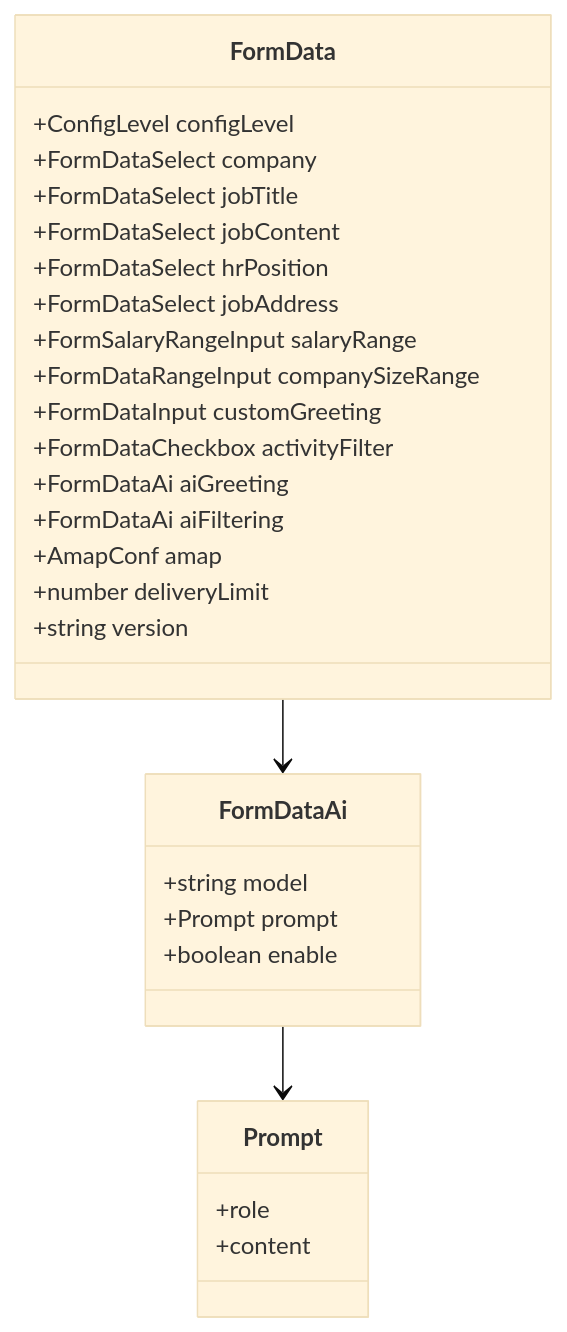
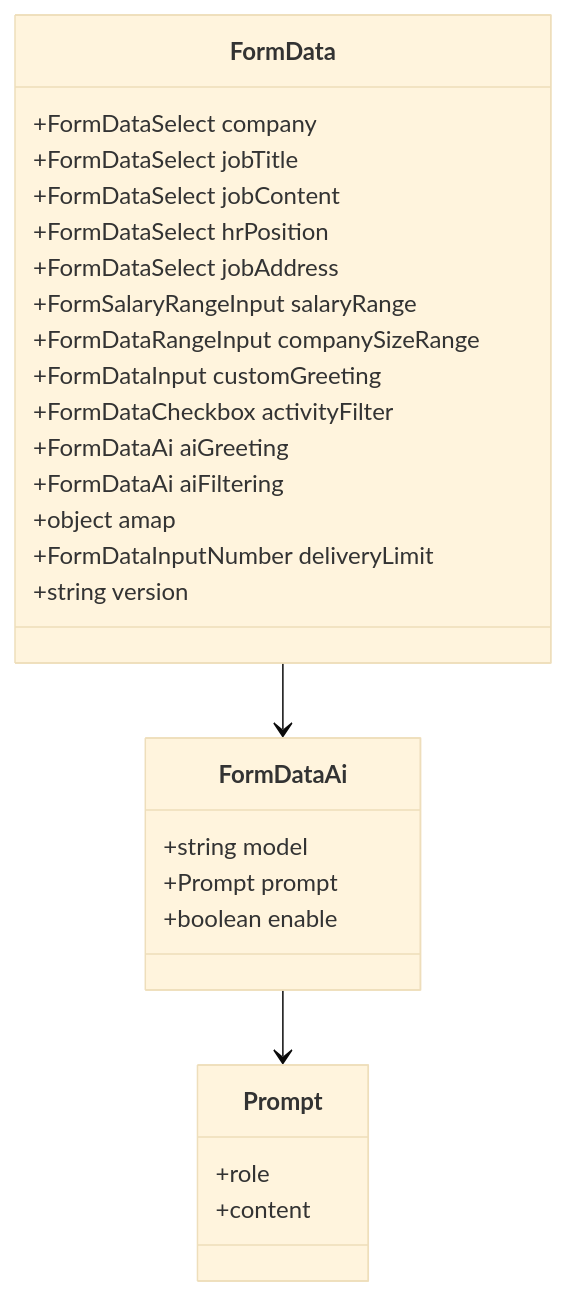
The second of 2 diagrams in docs/08-数据模型.md (hollyxun/boss-helper), drawn with Mermaid (base theme) before and after one commit. The commit also changed other lines of this file and 19 other files, not shown here.

````diff
--- a/docs/08-数据模型.md
+++ b/docs/08-数据模型.md
@@ -426,34 +427,33 @@
 ```mermaid
 classDiagram
   class FormData {
-    +ConfigLevel configLevel
     +FormDataSelect company
     +FormDataSelect jobTitle
     +FormDataSelect jobContent
     +FormDataSelect hrPosition
     +FormDataSelect jobAddress
     +FormSalaryRangeInput salaryRange
     +FormDataRangeInput companySizeRange
     +FormDataInput customGreeting
     +FormDataCheckbox activityFilter
     +FormDataAi aiGreeting
     +FormDataAi aiFiltering
-    +AmapConf amap
-    +number deliveryLimit
+    +object amap
+    +FormDataInputNumber deliveryLimit
     +string version
   }
 
   class FormDataAi {
     +string model
     +Prompt prompt
     +boolean enable
   }
 
   class Prompt {
     +role
     +content
   }
 
   FormData --> FormDataAi
   FormDataAi --> Prompt
 ```
````
